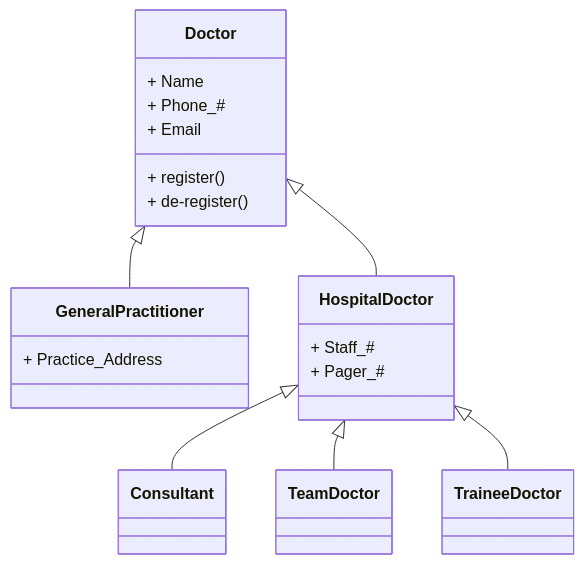
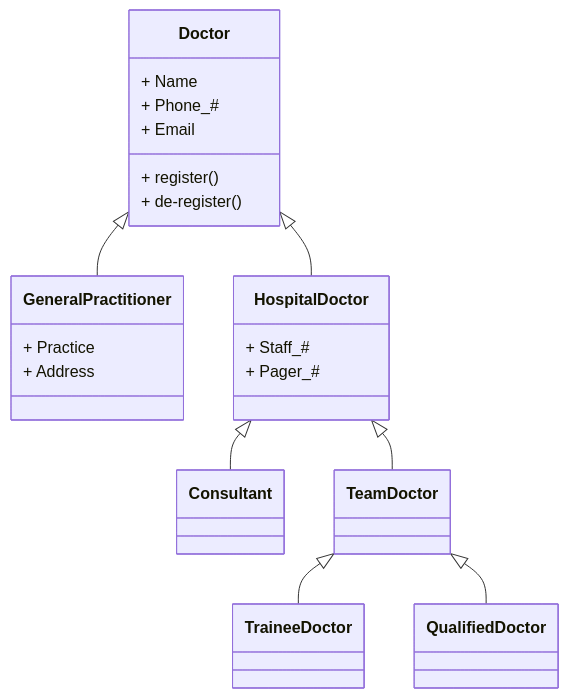
Before and after one commit to sujith-eag/sujith-library: the third of 4 diagrams in docs/mca/se/unit_21/4_structural_models.md, drawn with Mermaid. The commit also changed other lines of this file and 12 other files, not shown here.

````diff
--- a/docs/mca/se/unit_21/4_structural_models.md
+++ b/docs/mca/se/unit_21/4_structural_models.md
@@ -117,31 +124,35 @@
 ```mermaid
 classDiagram
     direction BT
     class Doctor {
         + Name
         + Phone_#
         + Email
         + register()
         + de-register()
     }
 
     class GeneralPractitioner {
-        + Practice_Address
+        + Practice
+        + Address
     }
 
     class HospitalDoctor {
         + Staff_#
         + Pager_#
     }
 
     class Consultant
     class TeamDoctor
     class TraineeDoctor
+    class QualifiedDoctor
 
     GeneralPractitioner --|> Doctor
     HospitalDoctor --|> Doctor
 
     Consultant --|> HospitalDoctor
     TeamDoctor --|> HospitalDoctor
-    TraineeDoctor --|> HospitalDoctor
+
+    TraineeDoctor --|> TeamDoctor
+    QualifiedDoctor --|> TeamDoctor
 ```
````
